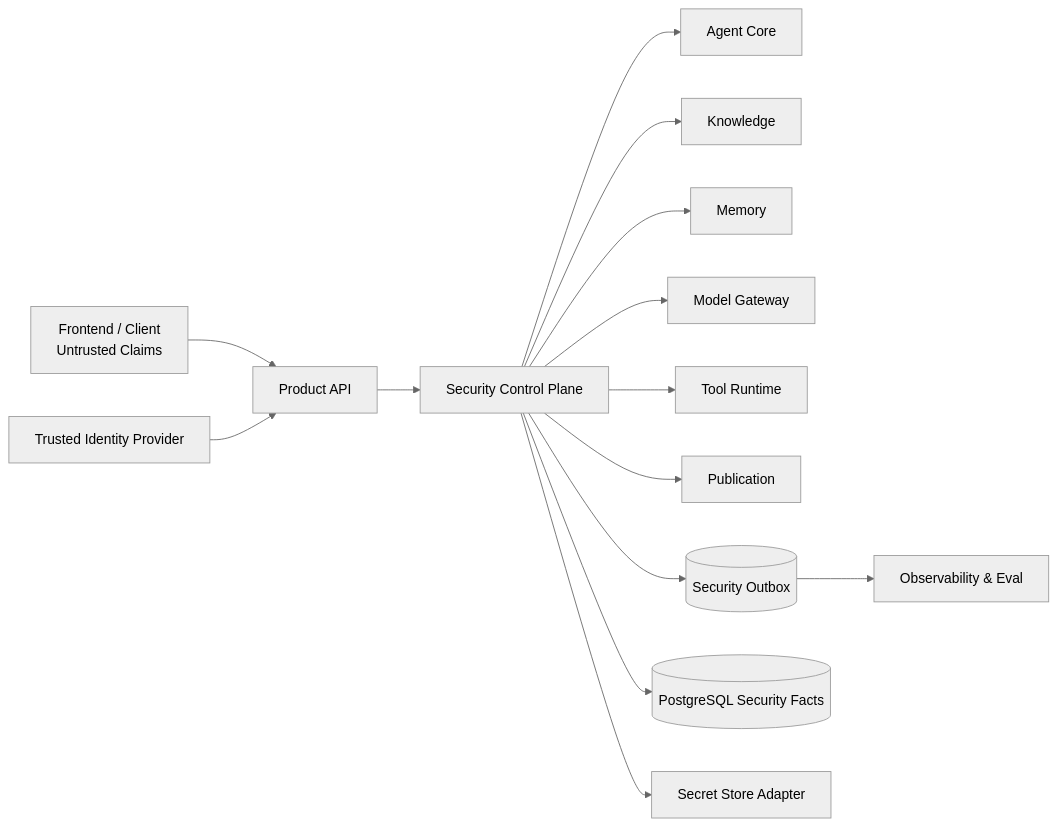
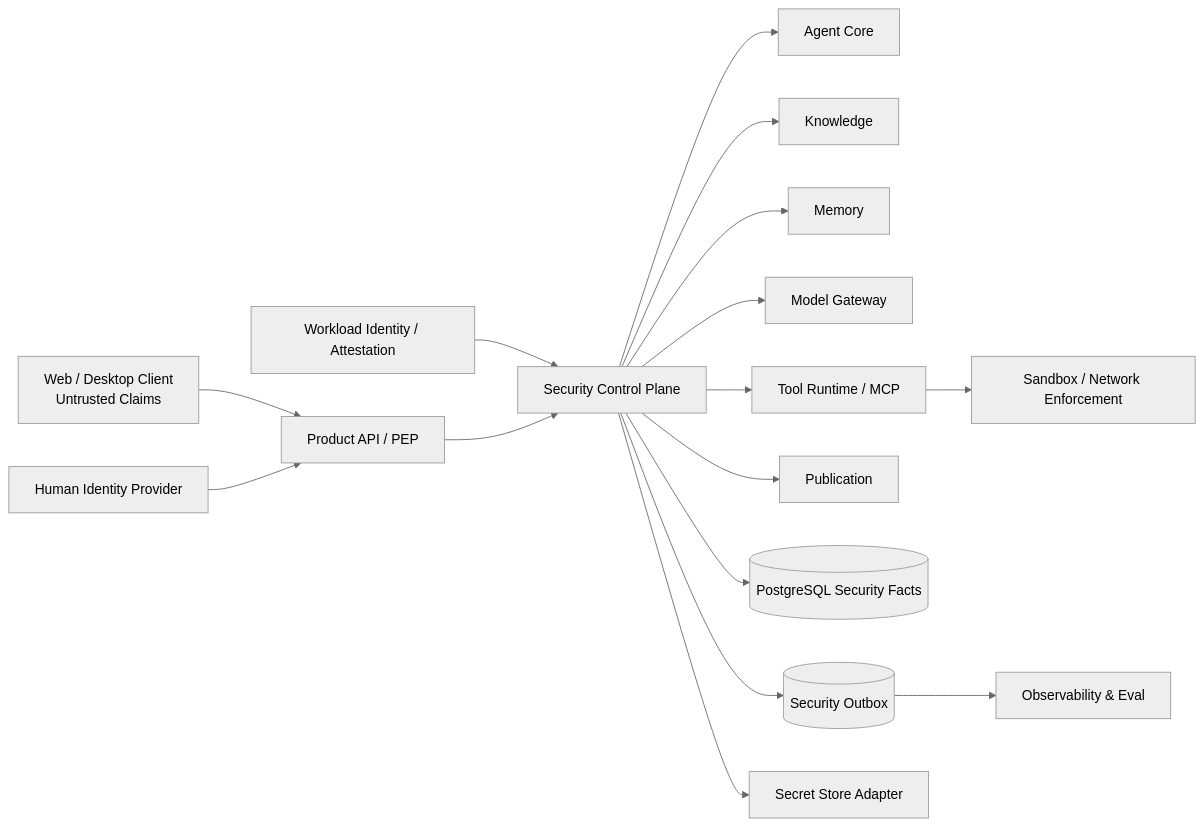
The first of 2 diagrams in docs/modules/09-security.md (ProfessorZhi/Zuno), drawn with Mermaid (neutral theme) before and after one commit. The commit also changed other lines of this file and 5 other files, not shown here.

Commit message:
docs: complete agentic Security target architecture

````diff
--- a/docs/modules/09-security.md
+++ b/docs/modules/09-security.md
@@ -177,16 +271,18 @@
 ```mermaid
 flowchart LR
-    UI[Frontend / Client<br/>Untrusted Claims] --> API[Product API]
-    IdP[Trusted Identity Provider] --> API
-    API --> SEC[Security Control Plane]
+    UI[Web / Desktop Client<br/>Untrusted Claims] --> API[Product API / PEP]
+    IDP[Human Identity Provider] --> API
+    WID[Workload Identity / Attestation] --> SEC[Security Control Plane]
+    API --> SEC
     SEC --> CORE[Agent Core]
     SEC --> KNOW[Knowledge]
     SEC --> MEM[Memory]
     SEC --> MG[Model Gateway]
-    SEC --> TOOL[Tool Runtime]
+    SEC --> TOOL[Tool Runtime / MCP]
     SEC --> PUB[Publication]
+    SEC --> DB[(PostgreSQL Security Facts)]
     SEC --> OUTBOX[(Security Outbox)]
     OUTBOX --> OBS[Observability & Eval]
-    SEC --> DB[(PostgreSQL Security Facts)]
     SEC --> SECRET[Secret Store Adapter]
+    TOOL --> SANDBOX[Sandbox / Network Enforcement]
 ```
````
